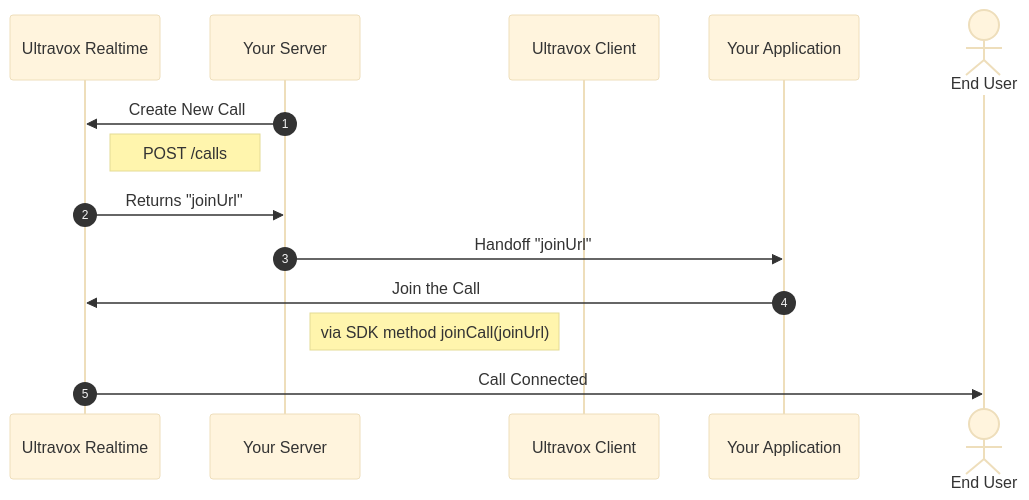
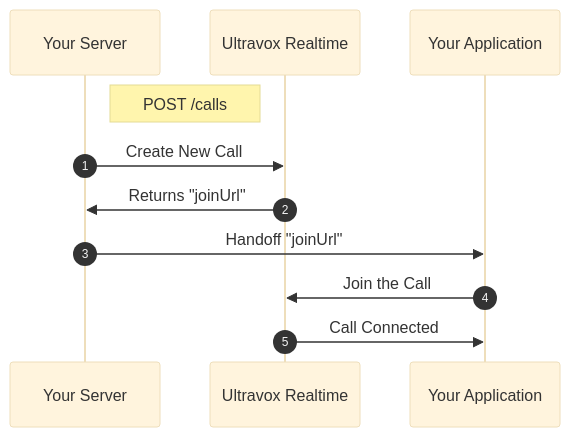
Before and after one commit to fixie-ai/ultradox: the diagram in snippets/diagram.mdx, drawn with Mermaid (base theme).

````diff
--- a/snippets/diagram.mdx
+++ b/snippets/diagram.mdx
@@ -1,17 +1,14 @@
 ```mermaid
 sequenceDiagram
+  participant Server as Your Server
   participant UVRESTAPI as Ultravox Realtime
-  participant Server as Your Server
-  participant UVClient as Ultravox Client
   participant App as Your Application
-  actor user as End User
 
   autonumber
+  Note left of UVRESTAPI: POST /calls
   Server ->> UVRESTAPI: Create New Call
-  Note right of UVRESTAPI: POST /calls
   UVRESTAPI ->> Server: Returns "joinUrl"
   Server ->> App: Handoff "joinUrl"
   App ->> UVRESTAPI: Join the Call
-  Note left of UVClient: via SDK method joinCall(joinUrl)
-  UVRESTAPI->>user: Call Connected
+  UVRESTAPI ->> App: Call Connected
 ```
````
